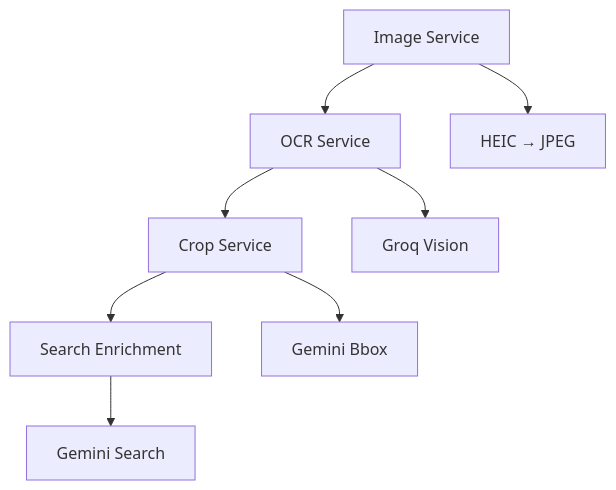
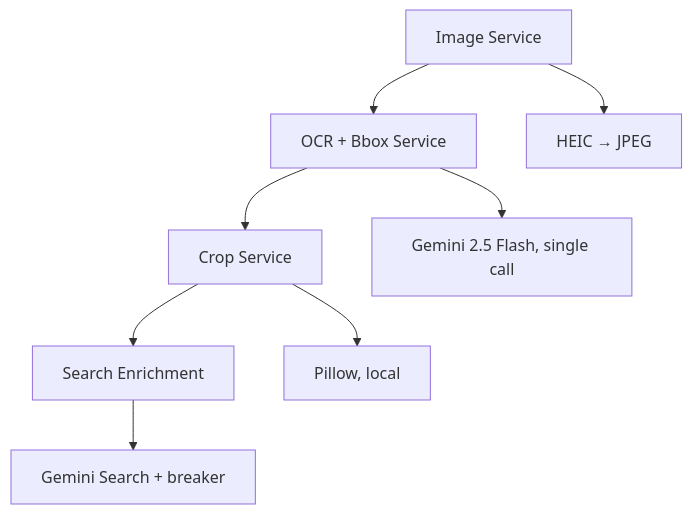
One commit to entropi-so/docs changed the diagram in services/overview.mdx. Above: the diagram before and after it, drawn with Mermaid. The commit also changed other lines of this file and 32 other files, not shown here.

````diff
--- a/services/overview.mdx
+++ b/services/overview.mdx
@@ -10,11 +43,11 @@
 ```mermaid
 graph TD
-    A[Image Service] --> B[OCR Service]
+    A[Image Service] --> B[OCR + Bbox Service]
     B --> C[Crop Service]
     C --> D[Search Enrichment]
-    
+
     A --> A1[HEIC → JPEG]
-    B --> B1[Groq Vision]
-    C --> C1[Gemini Bbox]
-    D --> D1[Gemini Search]
+    B --> B1[Gemini 2.5 Flash, single call]
+    C --> C1[Pillow, local]
+    D --> D1[Gemini Search + breaker]
 ```
````
